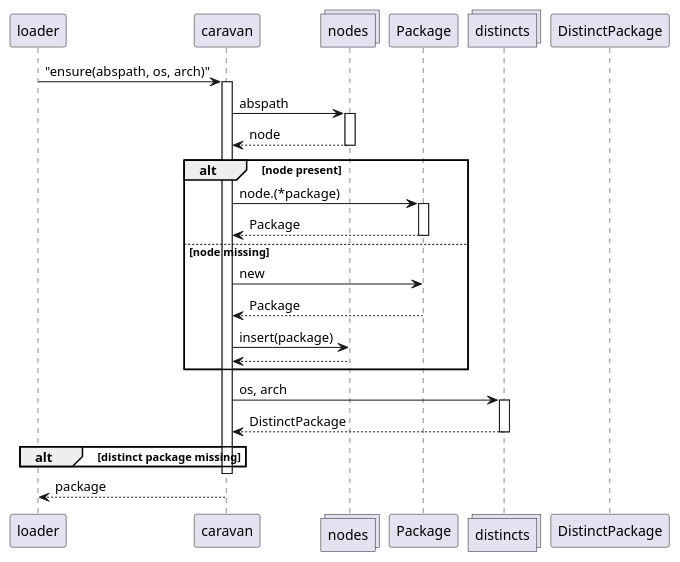
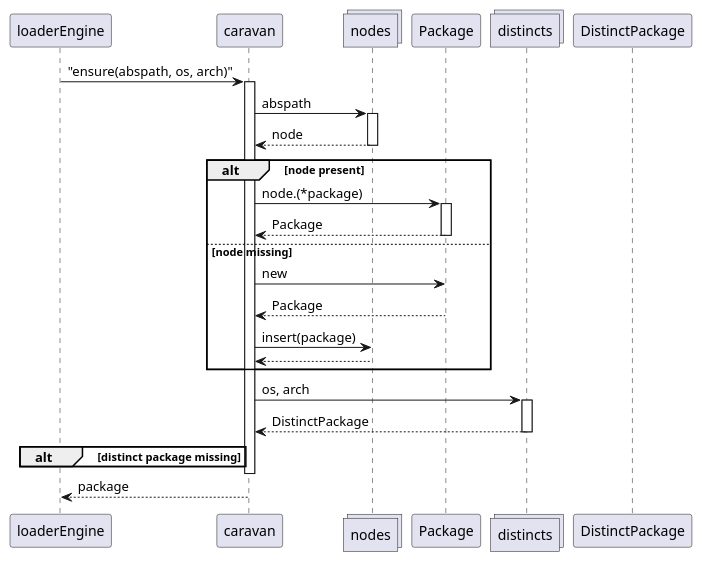
Before and after one commit to object88/langd: the diagram in diagrams/package_lookup.wsd, drawn with PlantUML. The commit also changed 3 other files, not shown here.

Commit message:
Documentation updates for LoaderEngine

```diff
--- a/diagrams/package_lookup.wsd
+++ b/diagrams/package_lookup.wsd
@@ -1,67 +1,67 @@
 @startuml Package lookup
 
-participant loader
+participant loaderEngine
 
 participant caravan
 
 collections nodes
 
 participant Package
 
 collections distincts
 
 participant DistinctPackage
 
-loader -> caravan : "ensure(abspath, os, arch)"
+loaderEngine -> caravan : "ensure(abspath, os, arch)"
 
 activate caravan
 
 caravan -> nodes : abspath
 
 activate nodes
 
 nodes --> caravan : node
 
 deactivate nodes
 
 alt node present
 
 caravan -> Package : node.(*package)
 
 activate Package
 
 Package --> caravan : Package
 
 deactivate Package
 
 else node missing
 
 caravan -> Package : new
 
 Package --> caravan : Package
 
 caravan -> nodes : insert(package)
 
 nodes --> caravan
 
 end
 
 
 caravan -> distincts : os, arch
 
 activate distincts
 
 distincts --> caravan : DistinctPackage
 
 deactivate distincts
 alt distinct package missing
 
 
 
 end
 
 deactivate caravan
 
-loader <-- caravan : package
+loaderEngine <-- caravan : package
 
 @enduml
```
